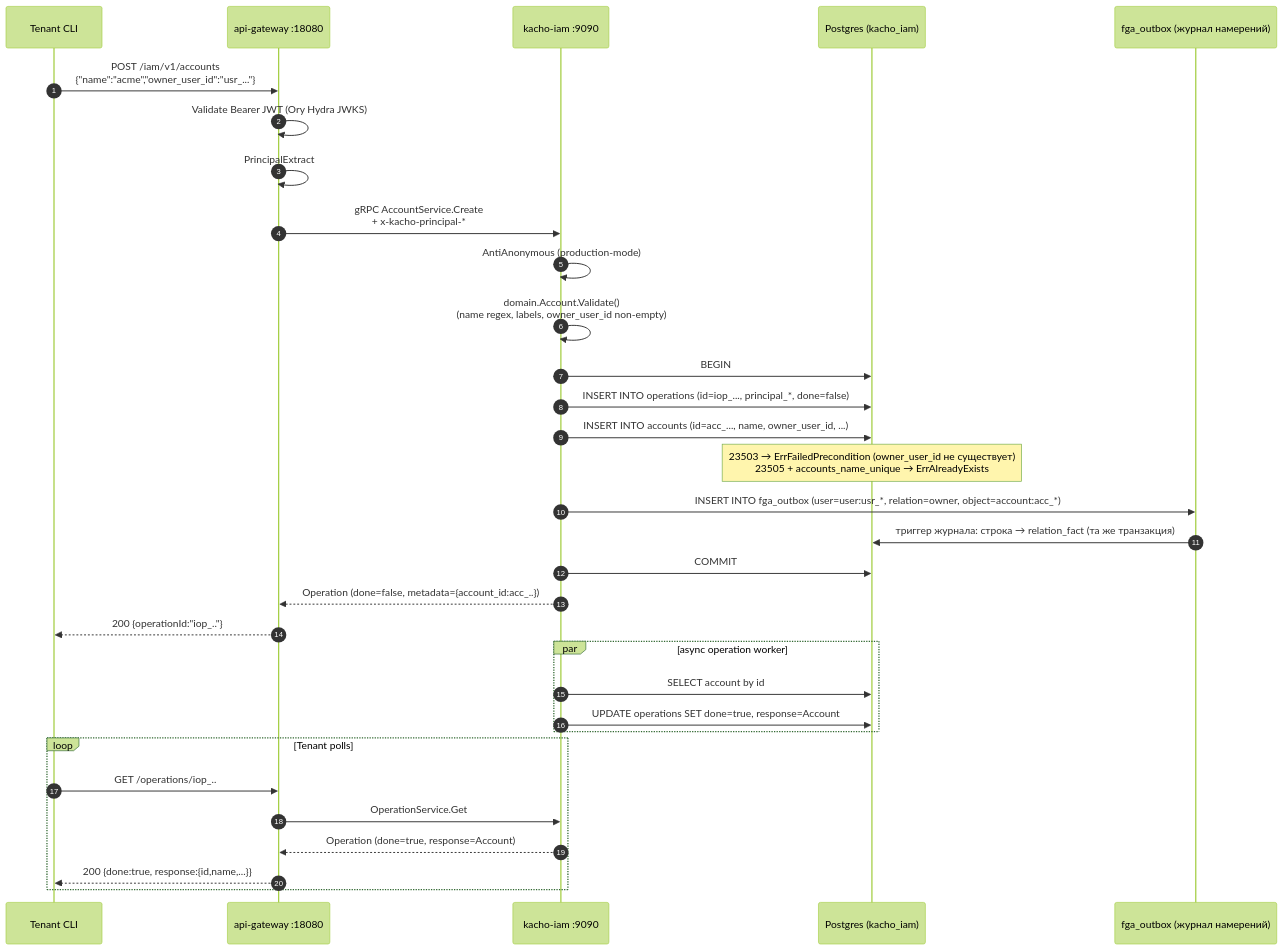
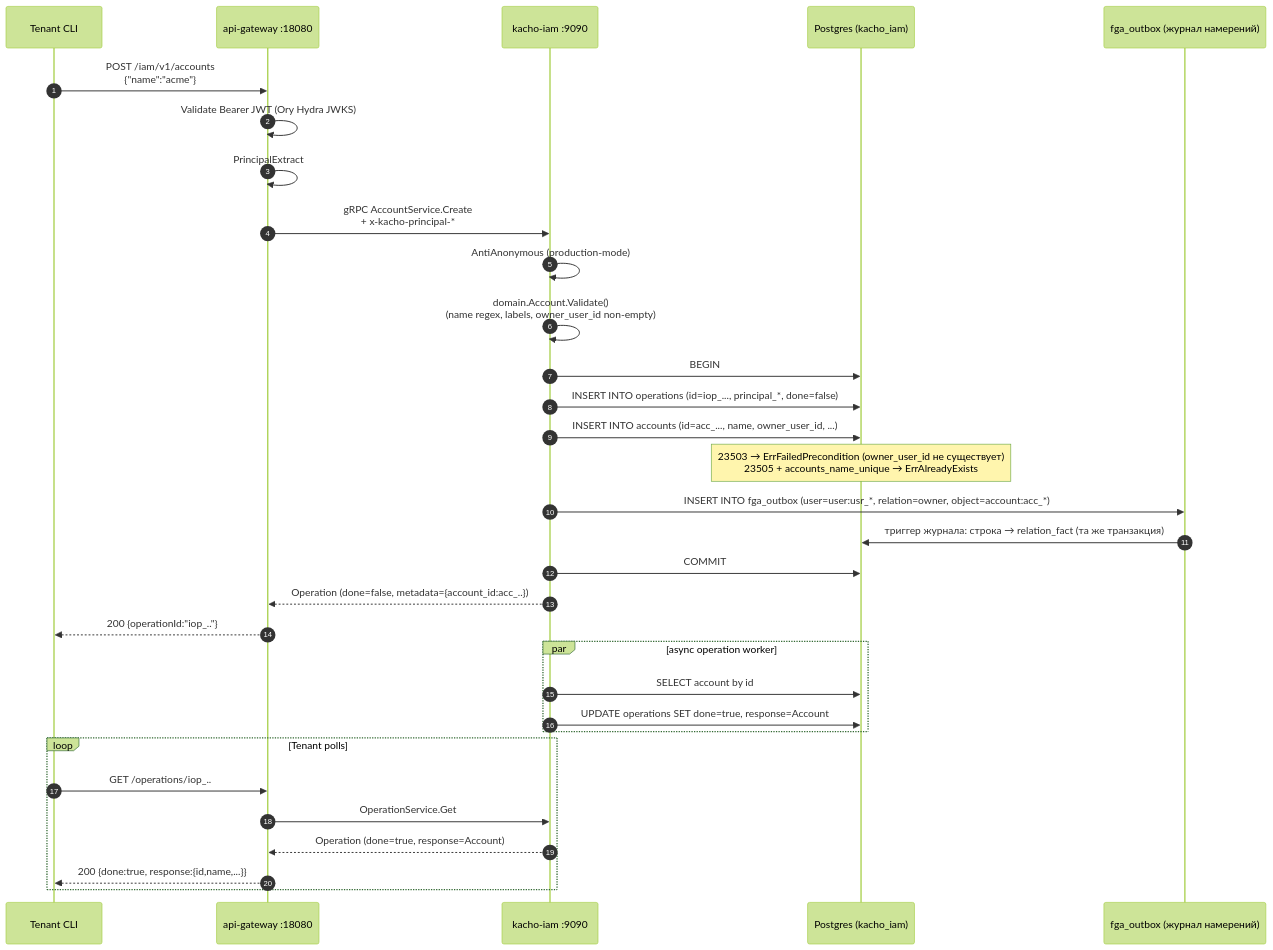
One commit to PRO-Robotech/kacho changed the diagram in services/iam/docs/engineering/components/01-account.md. Above: the diagram before and after it, drawn with Mermaid (forest theme). The commit also changed other lines of this file and 393 other files, not shown here.

````diff
--- a/services/iam/docs/engineering/components/01-account.md
+++ b/services/iam/docs/engineering/components/01-account.md
@@ -67,37 +67,37 @@
 ```mermaid
 sequenceDiagram
     autonumber
     participant Cli as Tenant CLI
     participant GW as api-gateway :18080
     participant IAM as kacho-iam :9090
     participant DB as Postgres (kacho_iam)
     participant Out as fga_outbox (журнал намерений)
 
-    Cli->>GW: POST /iam/v1/accounts<br/>{"name":"acme","owner_user_id":"usr_..."}
+    Cli->>GW: POST /iam/v1/accounts<br/>{"name":"acme"}
     GW->>GW: Validate Bearer JWT (Ory Hydra JWKS)
     GW->>GW: PrincipalExtract
     GW->>IAM: gRPC AccountService.Create<br/>+ x-kacho-principal-*
     IAM->>IAM: AntiAnonymous (production-mode)
     IAM->>IAM: domain.Account.Validate()<br/>(name regex, labels, owner_user_id non-empty)
     IAM->>DB: BEGIN
     IAM->>DB: INSERT INTO operations (id=iop_..., principal_*, done=false)
     IAM->>DB: INSERT INTO accounts (id=acc_..., name, owner_user_id, ...)
     Note over DB: 23503 → ErrFailedPrecondition (owner_user_id не существует)<br/>23505 + accounts_name_unique → ErrAlreadyExists
     IAM->>Out: INSERT INTO fga_outbox (user=user:usr_*, relation=owner, object=account:acc_*)
     Out->>DB: триггер журнала: строка → relation_fact (та же транзакция)
     IAM->>DB: COMMIT
     IAM-->>GW: Operation (done=false, metadata={account_id:acc_..})
     GW-->>Cli: 200 {operationId:"iop_.."}
 
     par async operation worker
         IAM->>DB: SELECT account by id
         IAM->>DB: UPDATE operations SET done=true, response=Account
     end
 
     loop Tenant polls
         Cli->>GW: GET /operations/iop_..
         GW->>IAM: OperationService.Get
         IAM-->>GW: Operation (done=true, response=Account)
         GW-->>Cli: 200 {done:true, response:{id,name,...}}
     end
 ```
````
